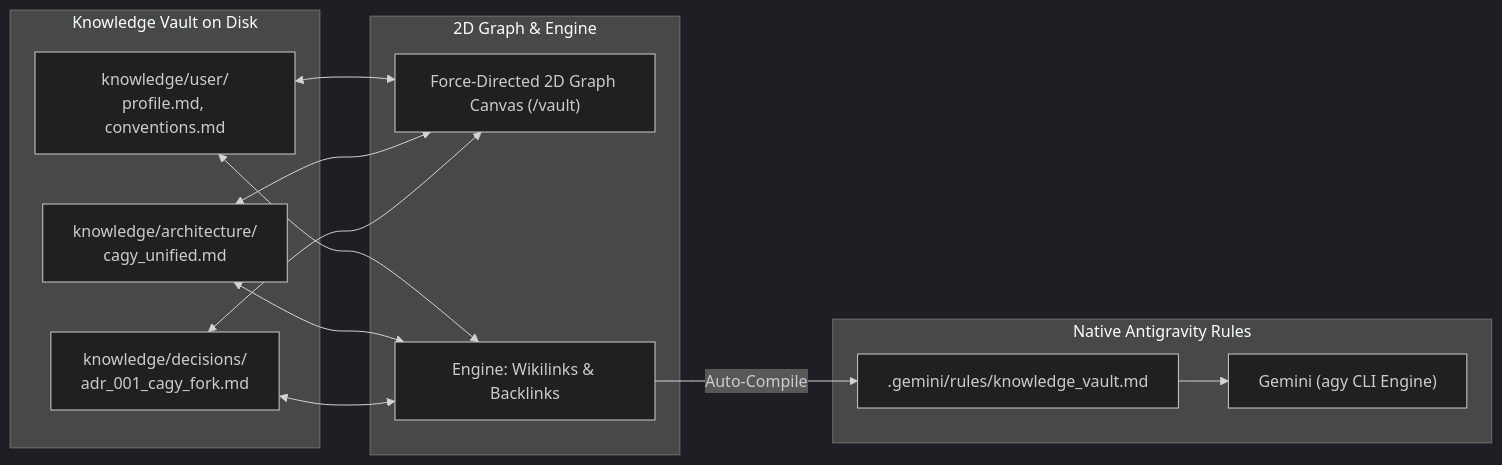
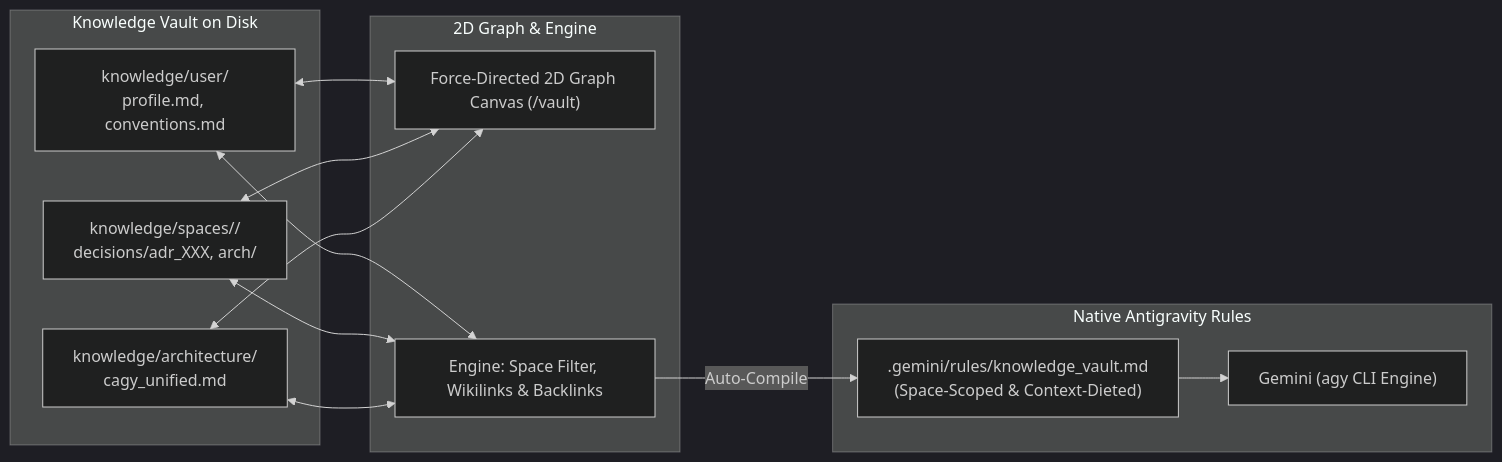
The diagram in README.md (therealkevops/CAGY-v2.0.0), drawn with Mermaid (dark theme) before and after one commit. The commit also changed other lines of this file and 1 other file, not shown here.

Commit message:
docs: update README and ENHANCEMENTS for multi-space vault and project-workspace binding

````diff
--- a/README.md
+++ b/README.md
@@ -111,21 +114,21 @@
 ```mermaid
 graph LR
     subgraph Knowledge Vault on Disk
         U["knowledge/user/<br>profile.md, conventions.md"]
+        S["knowledge/spaces/<space_id>/<br>decisions/adr_XXX, arch/"]
         A["knowledge/architecture/<br>cagy_unified.md"]
-        D["knowledge/decisions/<br>adr_001_cagy_fork.md"]
     end
 
     subgraph 2D Graph & Engine
         G["Force-Directed 2D Graph Canvas (/vault)"]
-        M["Engine: Wikilinks & Backlinks"]
-        U & A & D <--> G
-        U & A & D <--> M
+        M["Engine: Space Filter, Wikilinks & Backlinks"]
+        U & S & A <--> G
+        U & S & A <--> M
     end
 
     subgraph Native Antigravity Rules
-        R[".gemini/rules/knowledge_vault.md"]
+        R[".gemini/rules/knowledge_vault.md<br>(Space-Scoped & Context-Dieted)"]
         M -->|Auto-Compile| R
         R --> GCLI["Gemini (agy CLI Engine)"]
     end
 ```
````
